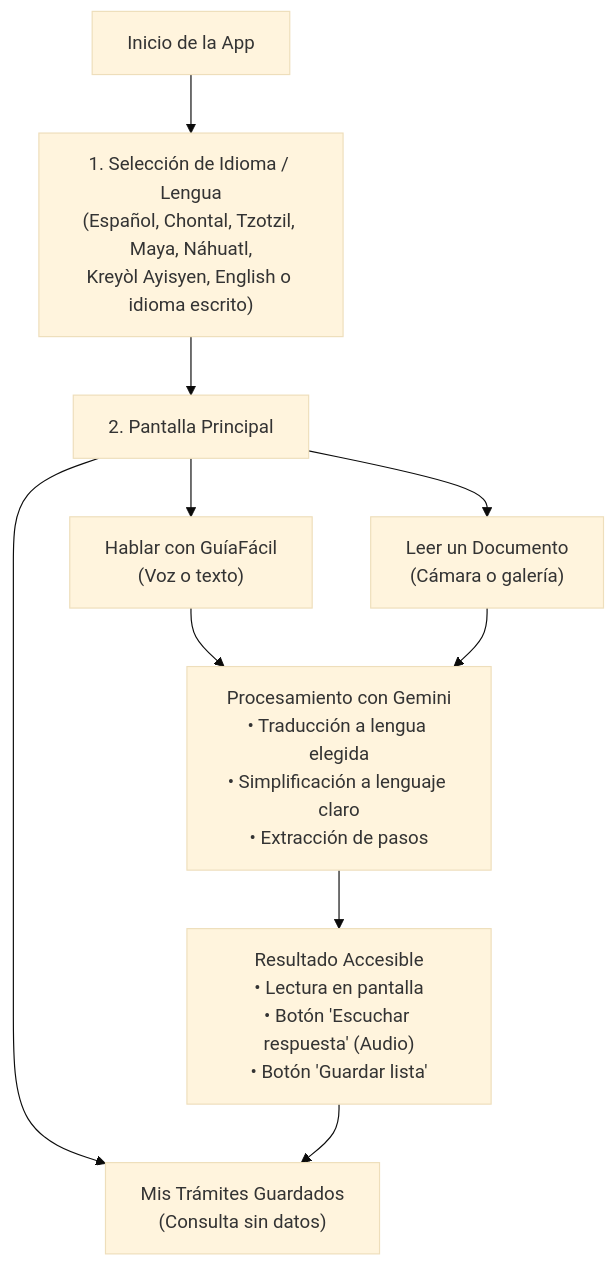
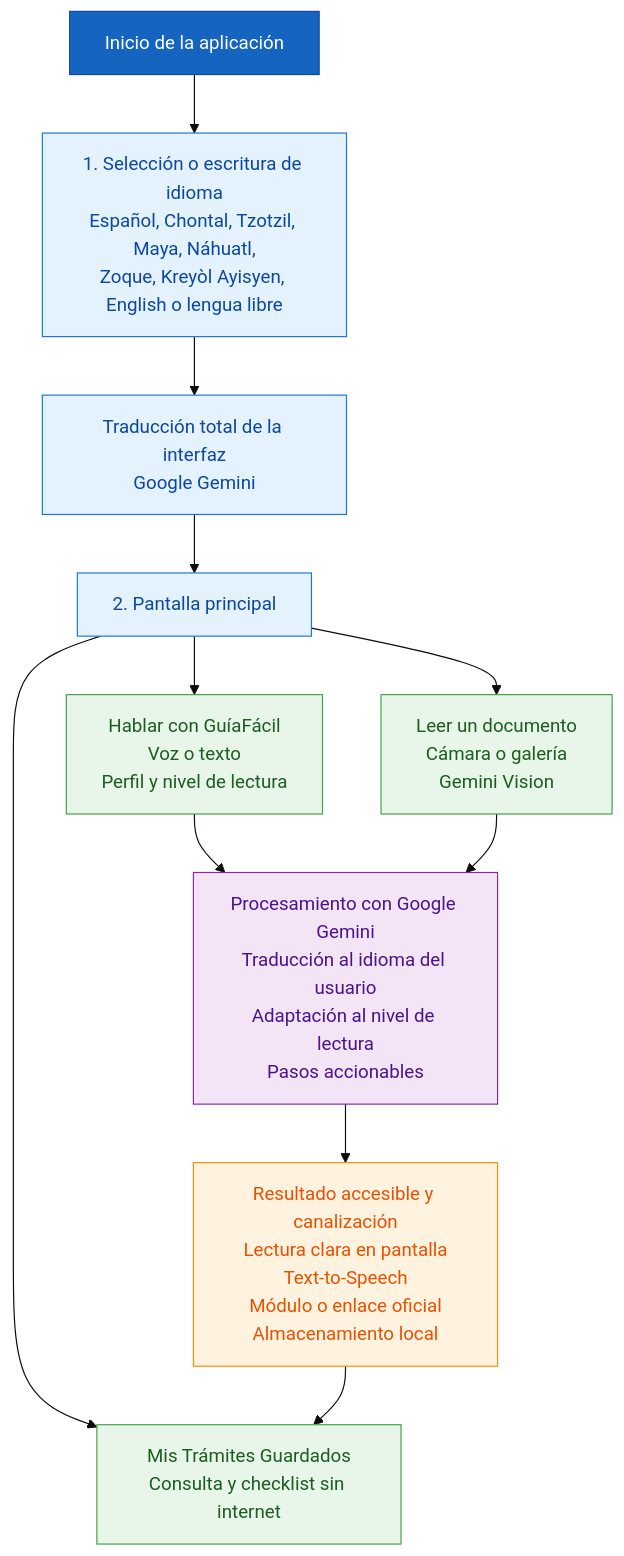
Before and after one commit to carlosleonardomatasilva-hue/GuiaFacil: the diagram in README.md, drawn with Mermaid (base theme). The commit also changed other lines of this file, not shown here.

````diff
--- a/README.md
+++ b/README.md
@@ -34,15 +150,33 @@
 ```mermaid
 flowchart TD
-    A[Inicio de la App] --> B["1. Selección de Idioma / Lengua<br/>(Español, Chontal, Tzotzil, Maya, Náhuatl,<br/>Kreyòl Ayisyen, English o idioma escrito)"]
-    B --> C[2. Pantalla Principal]
-    
-    C --> D["Hablar con GuíaFácil<br/>(Voz o texto)"]
-    C --> E["Leer un Documento<br/>(Cámara o galería)"]
-    C --> F["Mis Trámites Guardados<br/>(Consulta sin datos)"]
-    
-    D --> G["Procesamiento con Gemini<br/>• Traducción a lengua elegida<br/>• Simplificación a lenguaje claro<br/>• Extracción de pasos"]
-    E --> G
-    
-    G --> H["Resultado Accesible<br/>• Lectura en pantalla<br/>• Botón 'Escuchar respuesta' (Audio)<br/>• Botón 'Guardar lista'"]
-    H --> F
+    A["Inicio de la aplicación"] --> B["1. Selección o escritura de idioma<br/>Español, Chontal, Tzotzil, Maya, Náhuatl,<br/>Zoque, Kreyòl Ayisyen, English o lengua libre"]
+
+    B --> C["Traducción total de la interfaz<br/>Google Gemini"]
+    C --> D["2. Pantalla principal"]
+
+    D --> E["Hablar con GuíaFácil<br/>Voz o texto<br/>Perfil y nivel de lectura"]
+
+    D --> F["Leer un documento<br/>Cámara o galería<br/>Gemini Vision"]
+
+    D --> G["Mis Trámites Guardados<br/>Consulta y checklist sin internet"]
+
+    E --> H["Procesamiento con Google Gemini<br/>Traducción al idioma del usuario<br/>Adaptación al nivel de lectura<br/>Pasos accionables"]
+
+    F --> H
+
+    H --> I["Resultado accesible y canalización<br/>Lectura clara en pantalla<br/>Text-to-Speech<br/>Módulo o enlace oficial<br/>Almacenamiento local"]
+
+    I --> G
+
+    classDef inicio fill:#1565C0,color:#FFFFFF,stroke:#0D47A1
+    classDef proceso fill:#E3F2FD,color:#0D47A1,stroke:#1976D2
+    classDef funcion fill:#E8F5E9,color:#1B5E20,stroke:#43A047
+    classDef ia fill:#F3E5F5,color:#4A148C,stroke:#8E24AA
+    classDef resultado fill:#FFF3E0,color:#E65100,stroke:#FB8C00
+
+    class A inicio
+    class B,C,D proceso
+    class E,F,G funcion
+    class H ia
+    class I resultado
 ```
````
